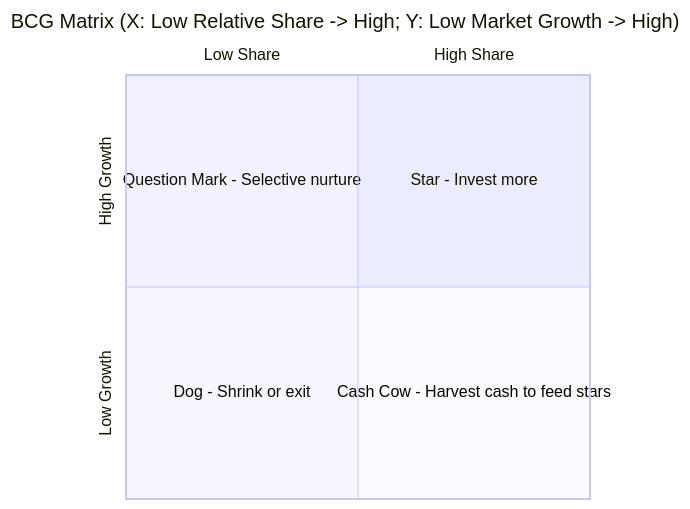
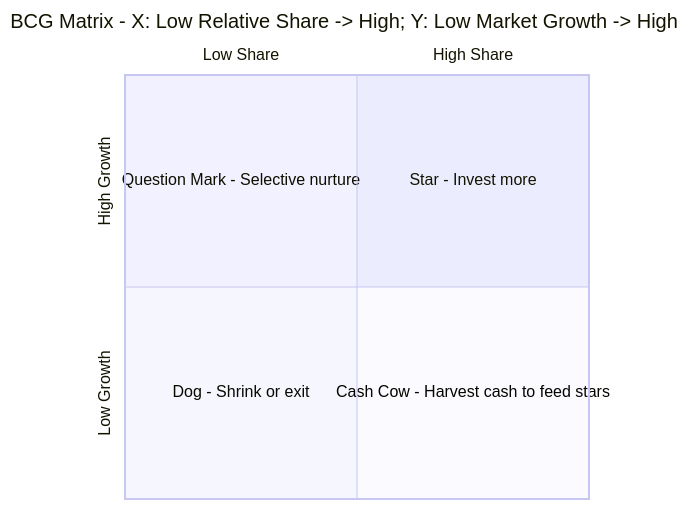
Before and after one commit to hoverwr-bit/management-methods: diagram 13 of 35 in README.en.md, drawn with Mermaid. The commit also changed other lines of this file and 5 other files, not shown here.

````diff
--- a/README.en.md
+++ b/README.en.md
@@ -301,10 +306,10 @@
 ```mermaid
 quadrantChart
-    title BCG Matrix (X: Low Relative Share -> High; Y: Low Market Growth -> High)
+    title BCG Matrix - X: Low Relative Share -> High; Y: Low Market Growth -> High
     x-axis Low Share --> High Share
     y-axis Low Growth --> High Growth
     quadrant-2 Question Mark - Selective nurture
     quadrant-1 Star - Invest more
     quadrant-3 Dog - Shrink or exit
     quadrant-4 Cash Cow - Harvest cash to feed stars
 ```
````
